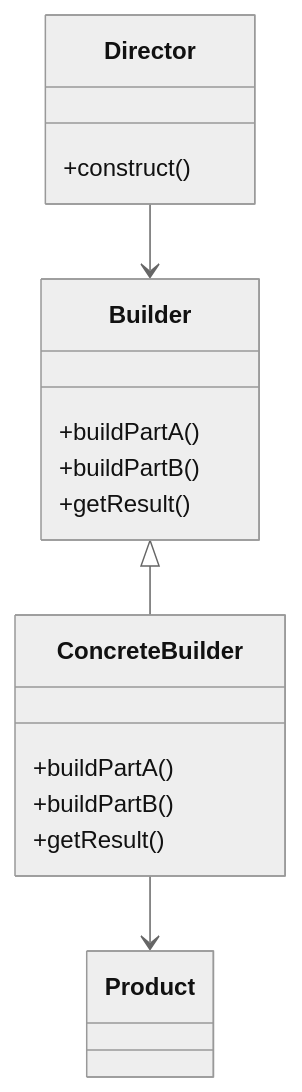
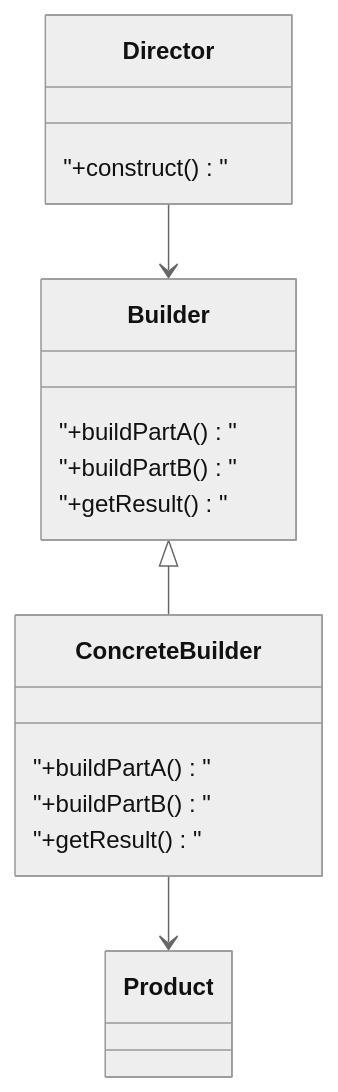
Before and after one commit to 42jerrykim/42jerrykim.github.io: the sixth of 8 diagrams in content/post/2024/2024-08-21-factory-method/index.md, drawn with Mermaid (neutral theme). The commit also changed other lines of this file and 239 other files, not shown here.

````diff
--- a/content/post/2024/2024-08-21-factory-method/index.md
+++ b/content/post/2024/2024-08-21-factory-method/index.md
@@ -825,21 +854,21 @@
 ```mermaid
 classDiagram
     class Builder {
-        +buildPartA()
-        +buildPartB()
-        +getResult()
+        "+buildPartA()"
+        "+buildPartB()"
+        "+getResult()"
     }
     class ConcreteBuilder {
-        +buildPartA()
-        +buildPartB()
-        +getResult()
+        "+buildPartA()"
+        "+buildPartB()"
+        "+getResult()"
     }
     class Director {
-        +construct()
+        "+construct()"
     }
     class Product
 
     Director --> Builder
     Builder <|-- ConcreteBuilder
     ConcreteBuilder --> Product
 ```
````
